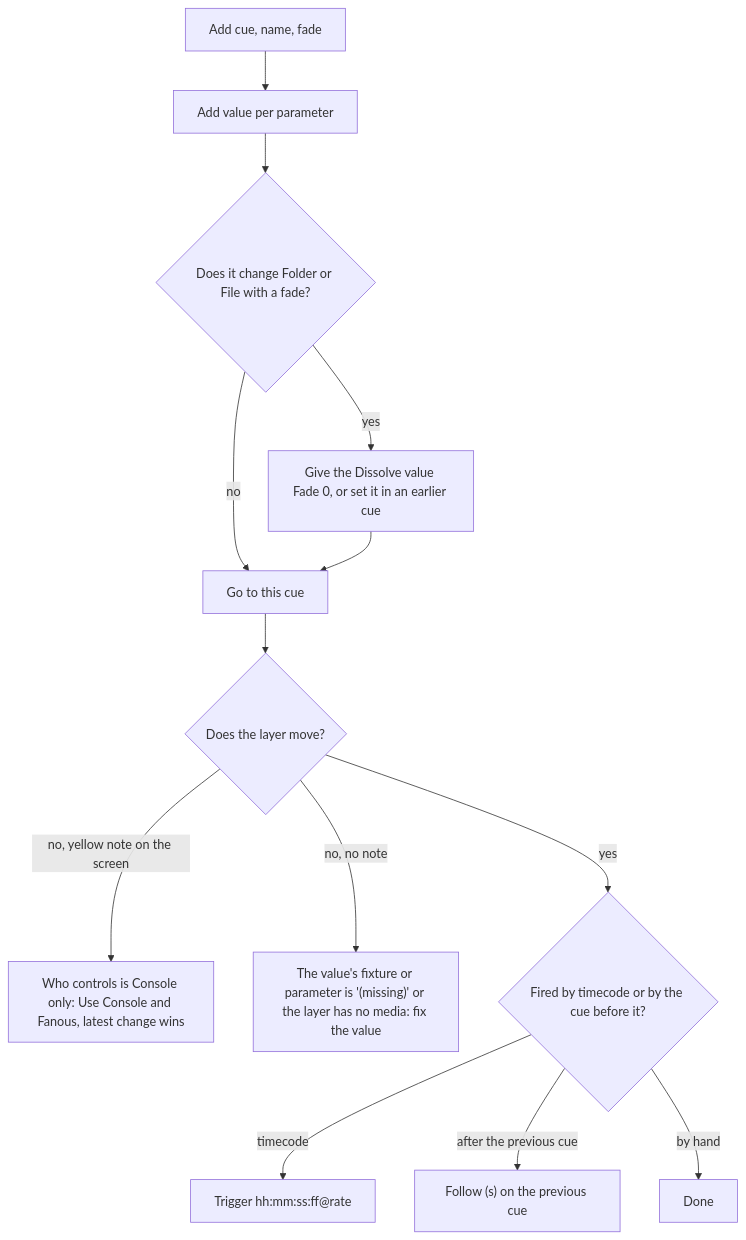
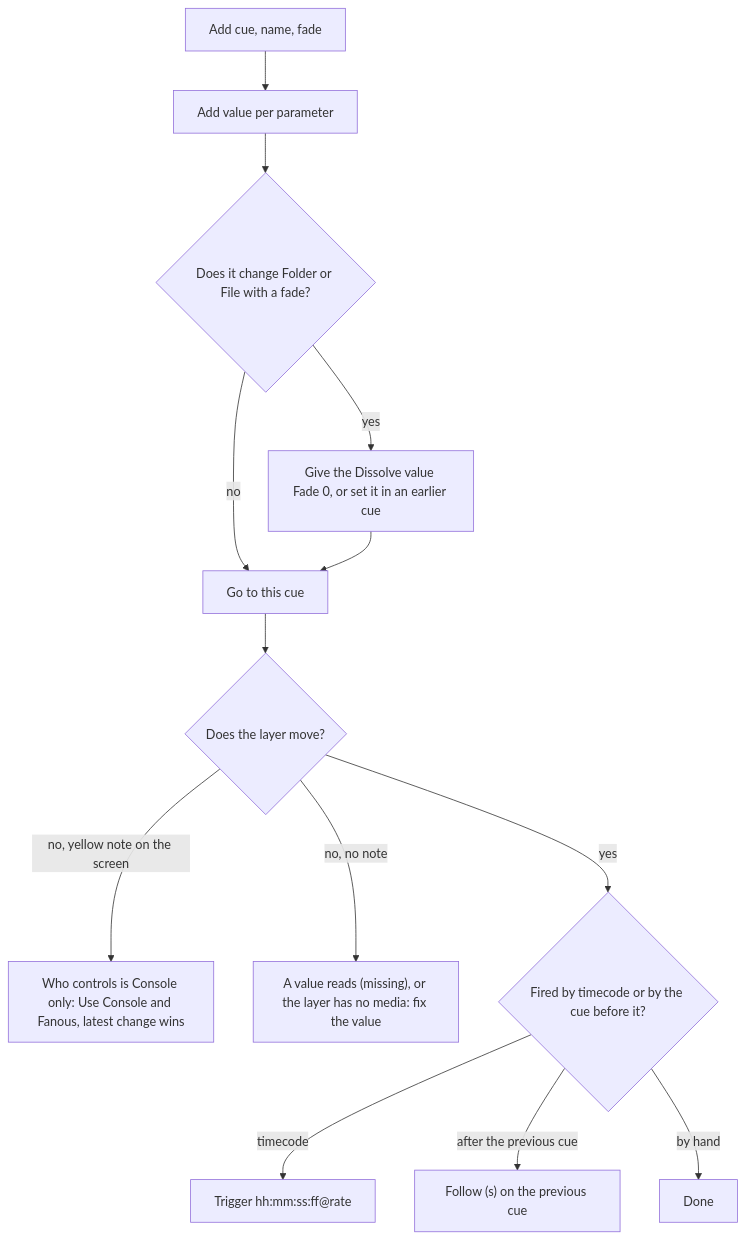
Before and after one commit to Timdebruijn/fanous: the first of 3 diagrams in docs/user/show-control.md, drawn with Mermaid. The commit also changed other lines of this file and 11 other files, not shown here.

````diff
--- a/docs/user/show-control.md
+++ b/docs/user/show-control.md
@@ -83,15 +96,15 @@
 ```mermaid
 flowchart TD
   add["Add cue, name, fade"] --> values["Add value per parameter"]
   values --> media{"Does it change Folder or File with a fade?"}
   media -- yes --> dissolve["Give the Dissolve value Fade 0, or set it in an earlier cue"]
   media -- no --> test
   dissolve --> test["Go to this cue"]
   test --> moves{"Does the layer move?"}
   moves -- "no, yellow note on the screen" --> policy["Who controls is Console only: Use Console and Fanous, latest change wins"]
-  moves -- "no, no note" --> fixture["The value's fixture or parameter is '(missing)' or the layer has no media: fix the value"]
+  moves -- "no, no note" --> fixture["A value reads (missing), or the layer has no media: fix the value"]
   moves -- yes --> trig{"Fired by timecode or by the cue before it?"}
   trig -- timecode --> trigger["Trigger hh:mm:ss:ff@rate"]
   trig -- "after the previous cue" --> follow["Follow (s) on the previous cue"]
   trig -- "by hand" --> done["Done"]
 ```
````
